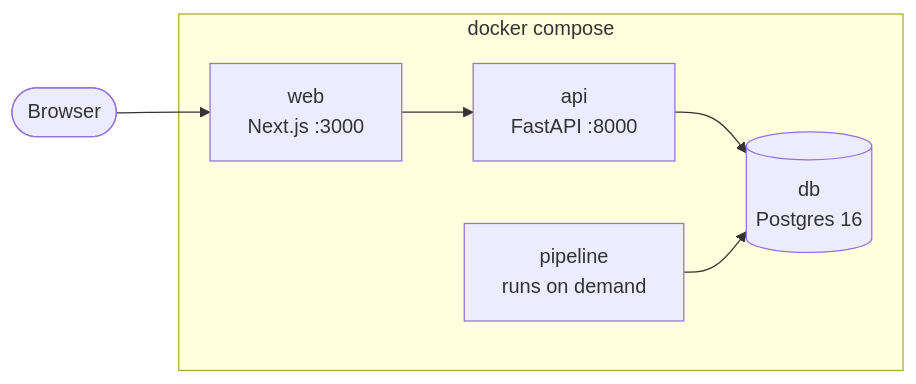
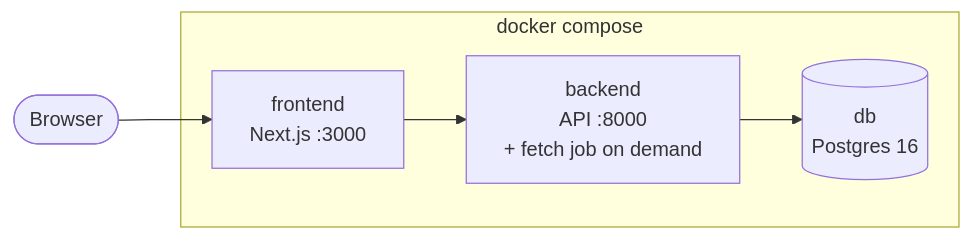
One commit to IamSinha27/AccidentNewsAggregator changed the sixth of 6 diagrams in README.md. Above: the diagram before and after it, drawn with Mermaid. The commit also changed other lines of this file and 3 other files, not shown here.

First line of the commit message:
Fold the fetch job into the backend service

````diff
--- a/README.md
+++ b/README.md
@@ -265,9 +267,8 @@
 ```mermaid
 flowchart LR
     subgraph compose["docker compose"]
-        WEB["web<br/>Next.js :3000"] --> API["api<br/>FastAPI :8000"]
-        API --> DB[("db<br/>Postgres 16")]
-        PIPE["pipeline<br/>runs on demand"] --> DB
+        FE["frontend<br/>Next.js :3000"] --> BE["backend<br/>API :8000<br/>+ fetch job on demand"]
+        BE --> DB[("db<br/>Postgres 16")]
     end
-    YOU(["Browser"]) --> WEB
+    YOU(["Browser"]) --> FE
 ```
````
